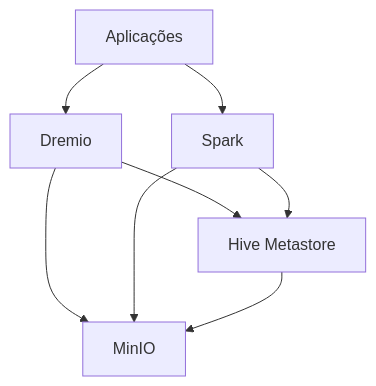
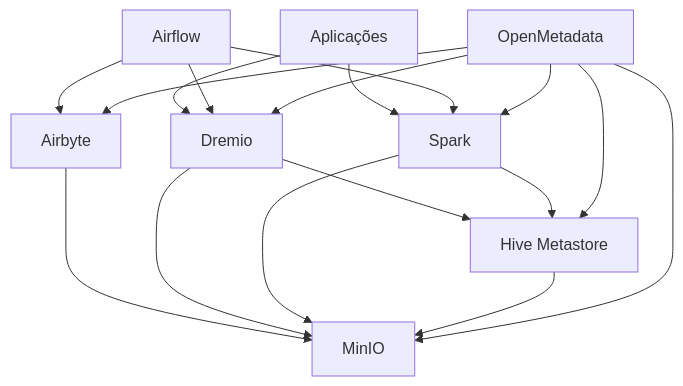
The diagram in docs/index.md (edvaldo-gutierres/data-lab), drawn with Mermaid before and after one commit. The commit also changed other lines of this file and 9 other files, not shown here.

Commit message:
Adiciona configuração do Airflow, Airbyte e OpenMetadata ao docker-compose

````diff
--- a/docs/index.md
+++ b/docs/index.md
@@ -17,10 +20,24 @@
 ```mermaid
 graph TD
     A[Aplicações] --> B[Dremio]
     A --> C[Spark]
+    
+    F[Airflow] --> B
+    F --> C
+    F --> G[Airbyte]
+    
+    G --> E[MinIO]
+    
     B --> D[Hive Metastore]
     C --> D
-    B --> E[MinIO]
+    
+    B --> E
     C --> E
     D --> E
+    
+    H[OpenMetadata] --> B
+    H --> C
+    H --> D
+    H --> E
+    H --> G
 ```
````
